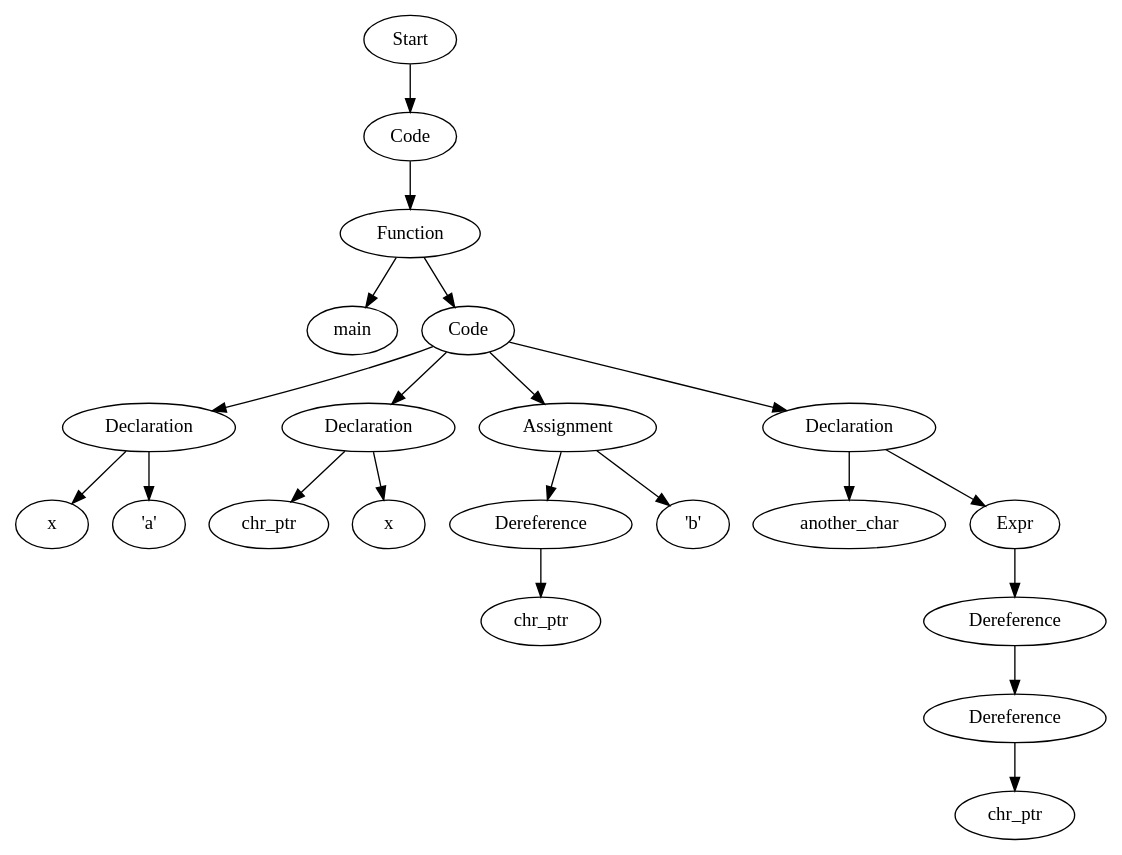
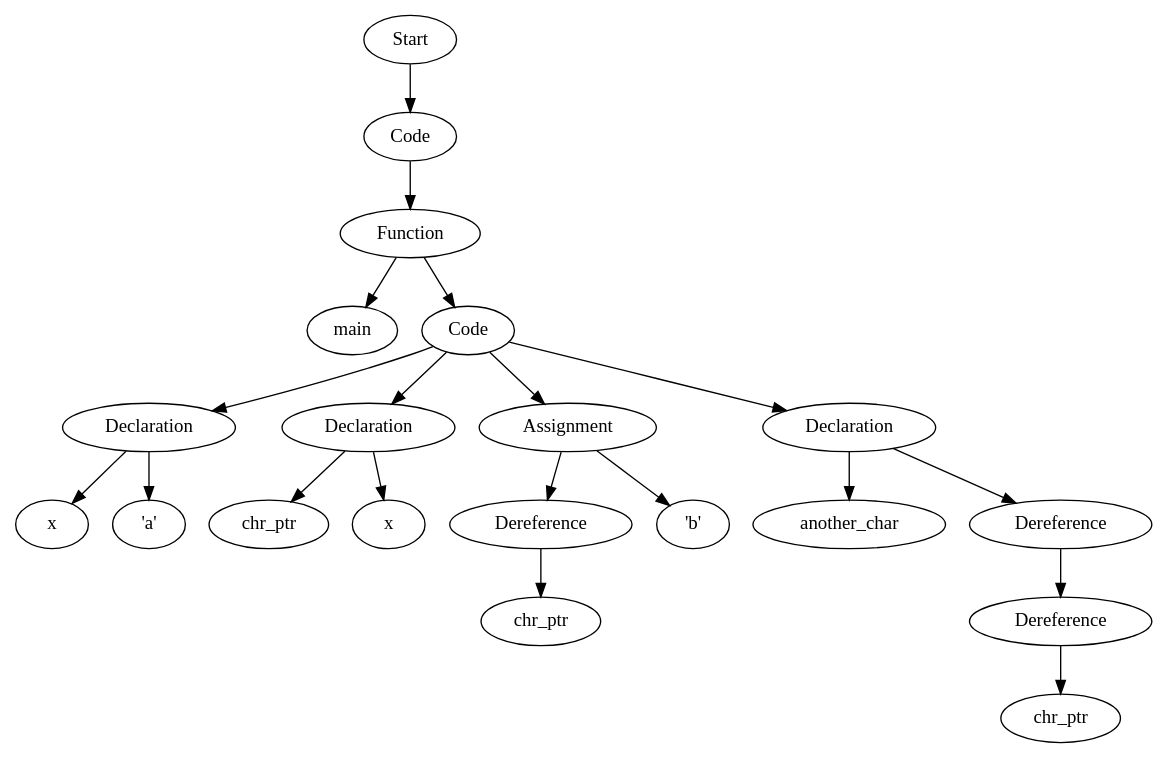
Before and after one commit to Are-you-listening/Compilers: the diagram in testfiles/basic_tests_123/proj2_man_pass_pointerOperations1ASTVisual.dot, drawn with Graphviz. The commit also changed 37 other files, not shown here.

```diff
--- a/testfiles/basic_tests_123/proj2_man_pass_pointerOperations1ASTVisual.dot
+++ b/testfiles/basic_tests_123/proj2_man_pass_pointerOperations1ASTVisual.dot
@@ -1,43 +1,41 @@
 digraph AST {
-  "134272668365440" [label="Start"];
-  "134272668365440" -> "134272668364384";
-  "134272668364384" [label="Code"];
-  "134272668364384" -> "134272668365296";
-  "134272668365296" [label="Function"];
-  "134272668365296" -> "134272668294288";
-  "134272668365296" -> "134272668294096";
-  "134272668294288" [label="main"];
-  "134272668294096" [label="Code"];
-  "134272668294096" -> "134272668292176";
-  "134272668294096" -> "134272668295872";
-  "134272668294096" -> "134272668294240";
-  "134272668294096" -> "134272668291072";
-  "134272668292176" [label="Declaration"];
-  "134272668292176" -> "134272668294576";
-  "134272668292176" -> "134272668302496";
-  "134272668294576" [label="x"];
-  "134272668302496" [label="'a'"];
-  "134272668295872" [label="Declaration"];
-  "134272668295872" -> "134272668289680";
-  "134272668295872" -> "134272668295200";
-  "134272668289680" [label="chr_ptr"];
-  "134272668295200" [label="x"];
-  "134272668294240" [label="Assignment"];
-  "134272668294240" -> "134272668299424";
-  "134272668294240" -> "134272668299808";
-  "134272668299424" [label="Dereference"];
-  "134272668299424" -> "134272668297648";
-  "134272668297648" [label="chr_ptr"];
-  "134272668299808" [label="'b'"];
-  "134272668291072" [label="Declaration"];
-  "134272668291072" -> "134272668293424";
-  "134272668291072" -> "134272668296496";
-  "134272668293424" [label="another_char"];
-  "134272668296496" [label="Expr"];
-  "134272668296496" -> "134272668302976";
-  "134272668302976" [label="Dereference"];
-  "134272668302976" -> "134272668290496";
-  "134272668290496" [label="Dereference"];
-  "134272668290496" -> "134272668295392";
-  "134272668295392" [label="chr_ptr"];
+  "124068447691696" [label="Start"];
+  "124068447691696" -> "124068447686320";
+  "124068447686320" [label="Code"];
+  "124068447686320" -> "124068447687952";
+  "124068447687952" [label="Function"];
+  "124068447687952" -> "124068447682672";
+  "124068447687952" -> "124068447687040";
+  "124068447682672" [label="main"];
+  "124068447687040" [label="Code"];
+  "124068447687040" -> "124068447843232";
+  "124068447687040" -> "124068447830272";
+  "124068447687040" -> "124068447839728";
+  "124068447687040" -> "124068447845776";
+  "124068447843232" [label="Declaration"];
+  "124068447843232" -> "124068447845728";
+  "124068447843232" -> "124068447836992";
+  "124068447845728" [label="x"];
+  "124068447836992" [label="'a'"];
+  "124068447830272" [label="Declaration"];
+  "124068447830272" -> "124068447839152";
+  "124068447830272" -> "124068447839248";
+  "124068447839152" [label="chr_ptr"];
+  "124068447839248" [label="x"];
+  "124068447839728" [label="Assignment"];
+  "124068447839728" -> "124068447837088";
+  "124068447839728" -> "124068447840496";
+  "124068447837088" [label="Dereference"];
+  "124068447837088" -> "124068447831712";
+  "124068447831712" [label="chr_ptr"];
+  "124068447840496" [label="'b'"];
+  "124068447845776" [label="Declaration"];
+  "124068447845776" -> "124068447598672";
+  "124068447845776" -> "124068447840256";
+  "124068447598672" [label="another_char"];
+  "124068447840256" [label="Dereference"];
+  "124068447840256" -> "124068447599344";
+  "124068447599344" [label="Dereference"];
+  "124068447599344" -> "124068447595024";
+  "124068447595024" [label="chr_ptr"];
 }
```
